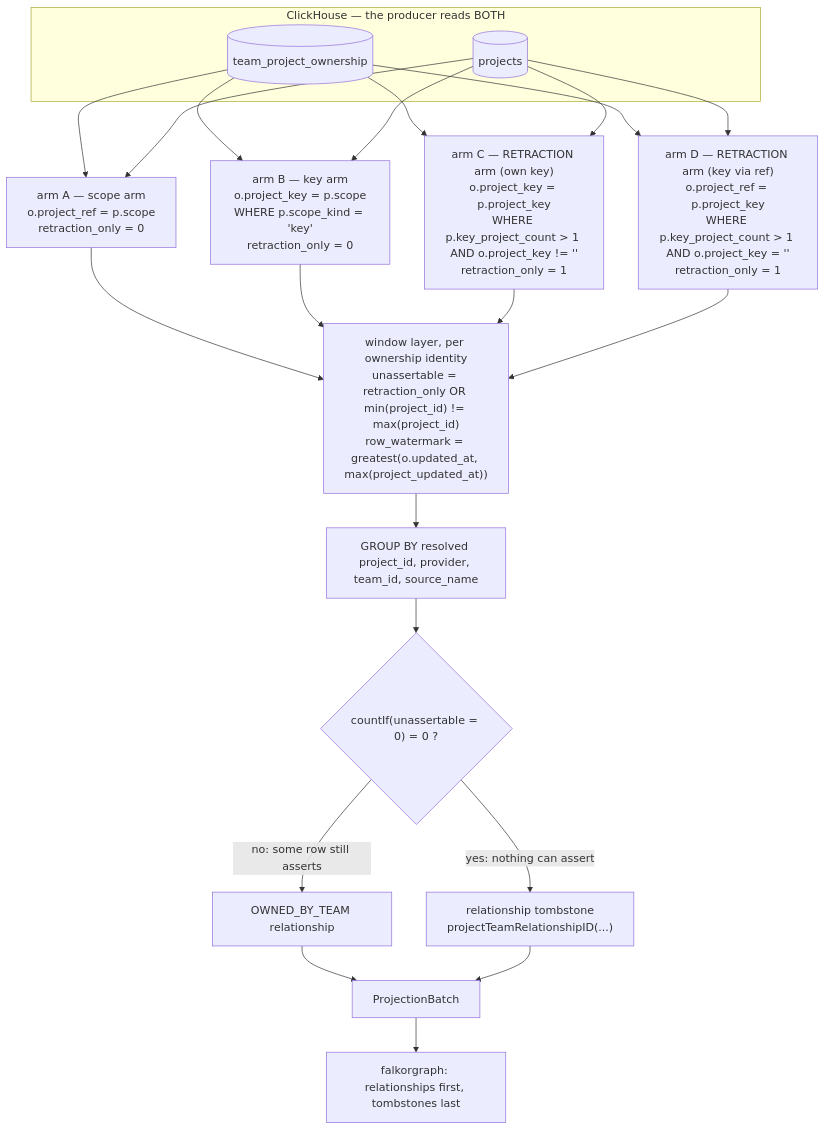
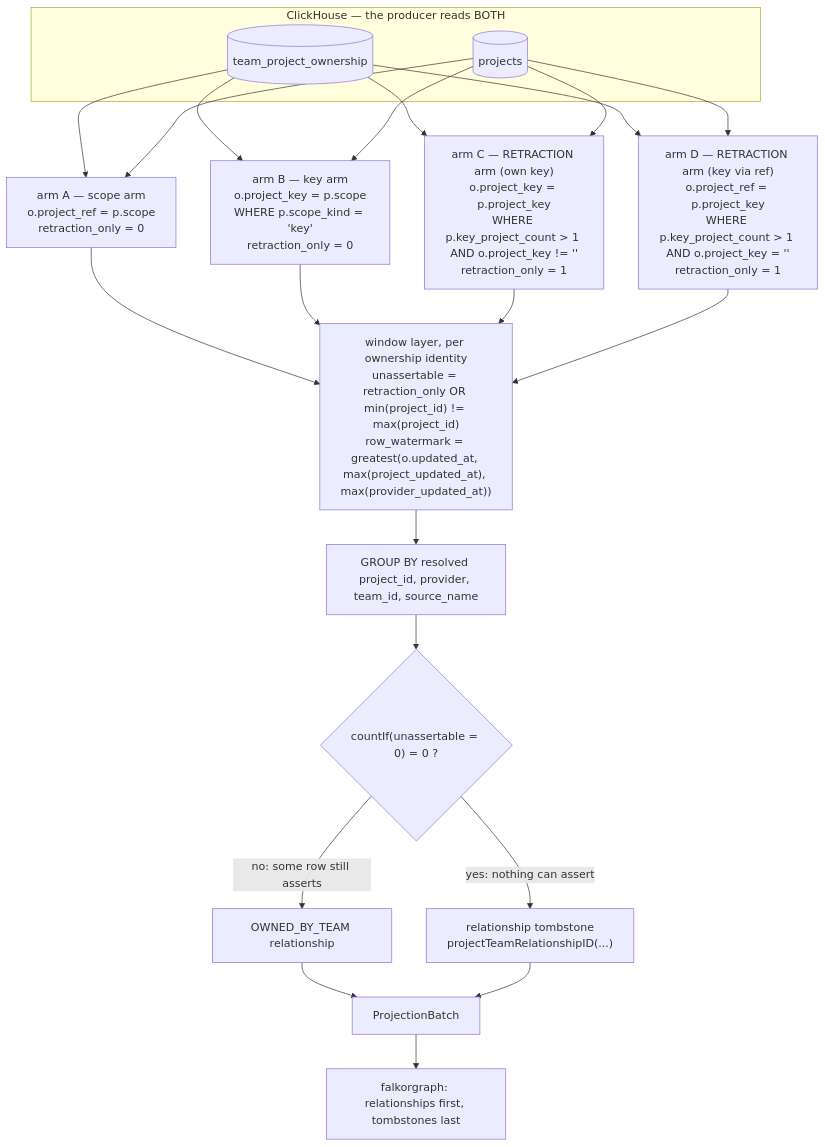
One commit to full-chaos/dev-health-acr changed the diagram in docs/design/context-fabric-ownership-edge-retraction.md. Above: the diagram before and after it, drawn with Mermaid. The commit also changed other lines of this file and 15 other files, not shown here.

````diff
--- a/docs/design/context-fabric-ownership-edge-retraction.md
+++ b/docs/design/context-fabric-ownership-edge-retraction.md
@@ -59,30 +59,30 @@
 ```mermaid
 flowchart TD
     subgraph src["ClickHouse — the producer reads BOTH"]
         TPO[("team_project_ownership")]
         PRJ[("projects")]
     end
 
     TPO --> A["arm A — scope arm<br/>o.project_ref = p.scope<br/>retraction_only = 0"]
     TPO --> B["arm B — key arm<br/>o.project_key = p.scope<br/>WHERE p.scope_kind = 'key'<br/>retraction_only = 0"]
     TPO --> C["arm C — RETRACTION arm (own key)<br/>o.project_key = p.project_key<br/>WHERE p.key_project_count > 1 AND o.project_key != ''<br/>retraction_only = 1"]
     TPO --> D["arm D — RETRACTION arm (key via ref)<br/>o.project_ref = p.project_key<br/>WHERE p.key_project_count > 1 AND o.project_key = ''<br/>retraction_only = 1"]
     PRJ --> A
     PRJ --> B
     PRJ --> C
     PRJ --> D
 
-    A --> W["window layer, per ownership identity<br/>unassertable = retraction_only OR min(project_id) != max(project_id)<br/>row_watermark = greatest(o.updated_at, max(project_updated_at))"]
+    A --> W["window layer, per ownership identity<br/>unassertable = retraction_only OR min(project_id) != max(project_id)<br/>row_watermark = greatest(o.updated_at, max(project_updated_at), max(provider_updated_at))"]
     B --> W
     C --> W
     D --> W
 
     W --> G["GROUP BY resolved project_id, provider, team_id, source_name"]
     G --> Q{"countIf(unassertable = 0) = 0 ?"}
     Q -- "no: some row still asserts" --> E["OWNED_BY_TEAM relationship"]
     Q -- "yes: nothing can assert" --> T["relationship tombstone<br/>projectTeamRelationshipID(...)"]
 
     E --> BATCH["ProjectionBatch"]
     T --> BATCH
     BATCH --> FG["falkorgraph: relationships first, tombstones last"]
 ```
````
